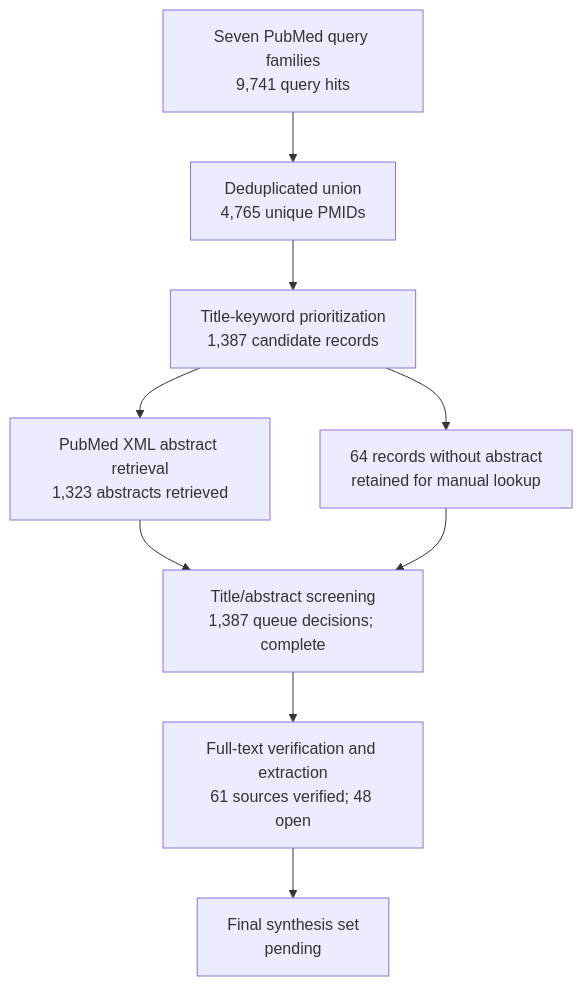
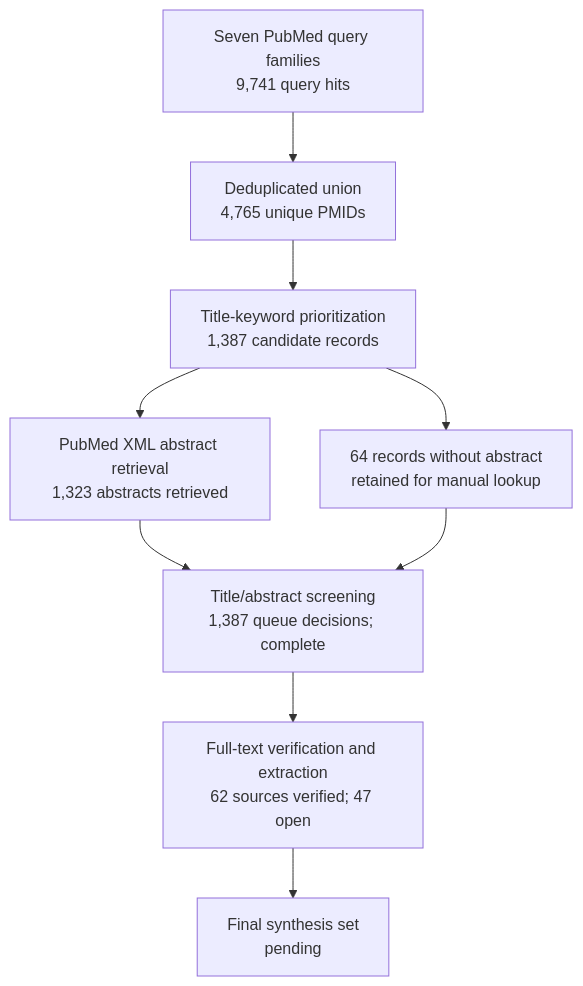
One commit to dcmcshan/artemisia changed the diagram in manuscript/review-flow.md. Above: the diagram before and after it, drawn with Mermaid. The commit also changed other lines of this file and 14 other files, not shown here.

````diff
--- a/manuscript/review-flow.md
+++ b/manuscript/review-flow.md
@@ -5,11 +5,11 @@
 ```mermaid
 flowchart TB
   Q[Seven PubMed query families<br/>9,741 query hits] --> U[Deduplicated union<br/>4,765 unique PMIDs]
   U --> T[Title-keyword prioritization<br/>1,387 candidate records]
   T --> A[PubMed XML abstract retrieval<br/>1,323 abstracts retrieved]
   T --> N[64 records without abstract<br/>retained for manual lookup]
   A --> M[Title/abstract screening<br/>1,387 queue decisions; complete]
   N --> M
-  M --> F[Full-text verification and extraction<br/>61 sources verified; 48 open]
+  M --> F[Full-text verification and extraction<br/>62 sources verified; 47 open]
   F --> S[Final synthesis set<br/>pending]
 ```
````
